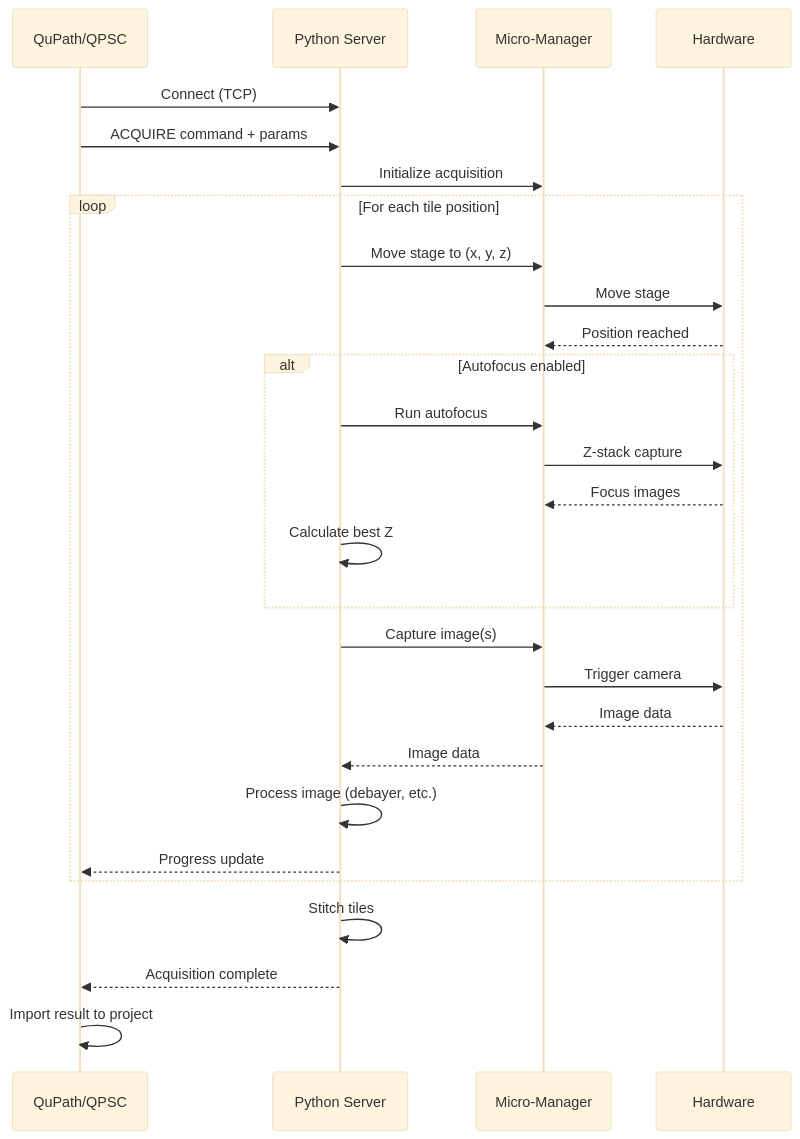
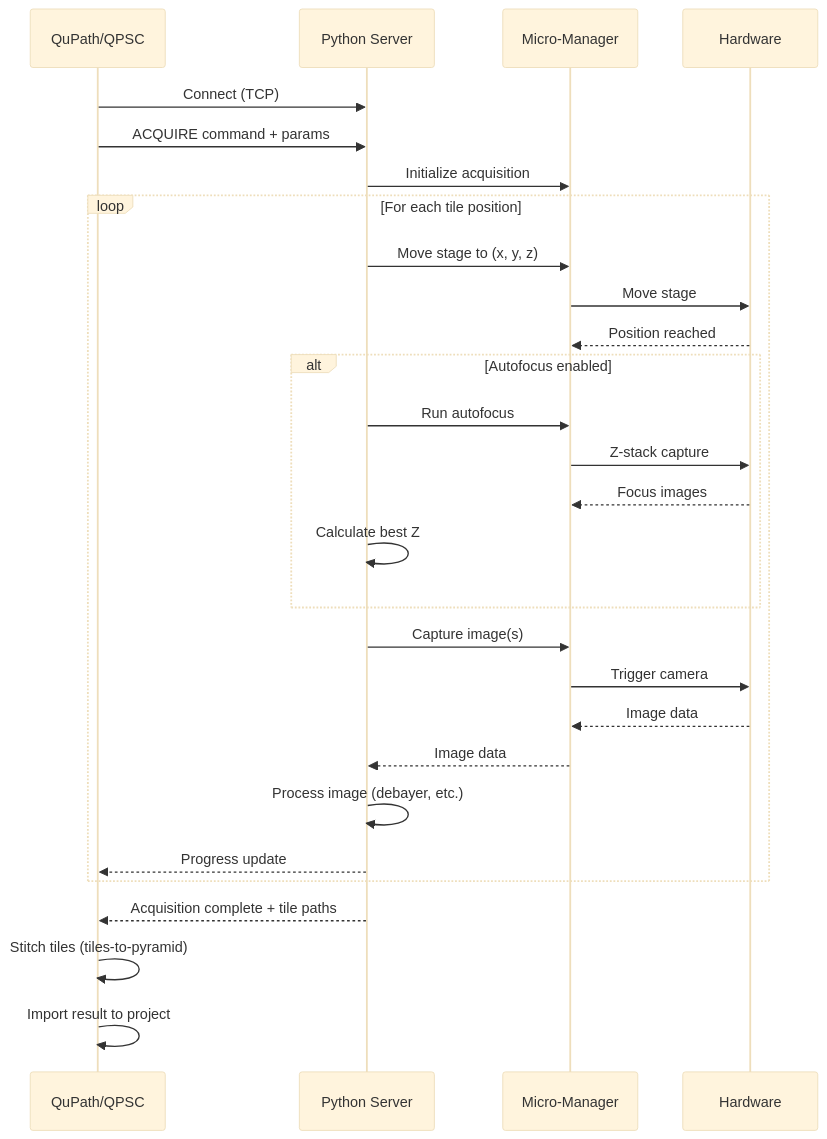
The second of 2 diagrams in docs/architecture.md (uw-loci/QPSC), drawn with Mermaid (base theme) before and after one commit. The commit also changed other lines of this file, not shown here.

First line of the commit message:
Update architecture.md to match current codebase

````diff
--- a/docs/architecture.md
+++ b/docs/architecture.md
@@ -271,36 +401,36 @@
 ```mermaid
 sequenceDiagram
     participant QP as QuPath/QPSC
     participant Srv as Python Server
     participant MM as Micro-Manager
     participant HW as Hardware
 
     QP->>Srv: Connect (TCP)
     QP->>Srv: ACQUIRE command + params
     Srv->>MM: Initialize acquisition
 
     loop For each tile position
         Srv->>MM: Move stage to (x, y, z)
         MM->>HW: Move stage
         HW-->>MM: Position reached
 
         alt Autofocus enabled
             Srv->>MM: Run autofocus
             MM->>HW: Z-stack capture
             HW-->>MM: Focus images
             Srv->>Srv: Calculate best Z
         end
 
         Srv->>MM: Capture image(s)
         MM->>HW: Trigger camera
         HW-->>MM: Image data
         MM-->>Srv: Image data
 
         Srv->>Srv: Process image (debayer, etc.)
         Srv-->>QP: Progress update
     end
 
-    Srv->>Srv: Stitch tiles
-    Srv-->>QP: Acquisition complete
+    Srv-->>QP: Acquisition complete + tile paths
+    QP->>QP: Stitch tiles (tiles-to-pyramid)
     QP->>QP: Import result to project
 ```
````
